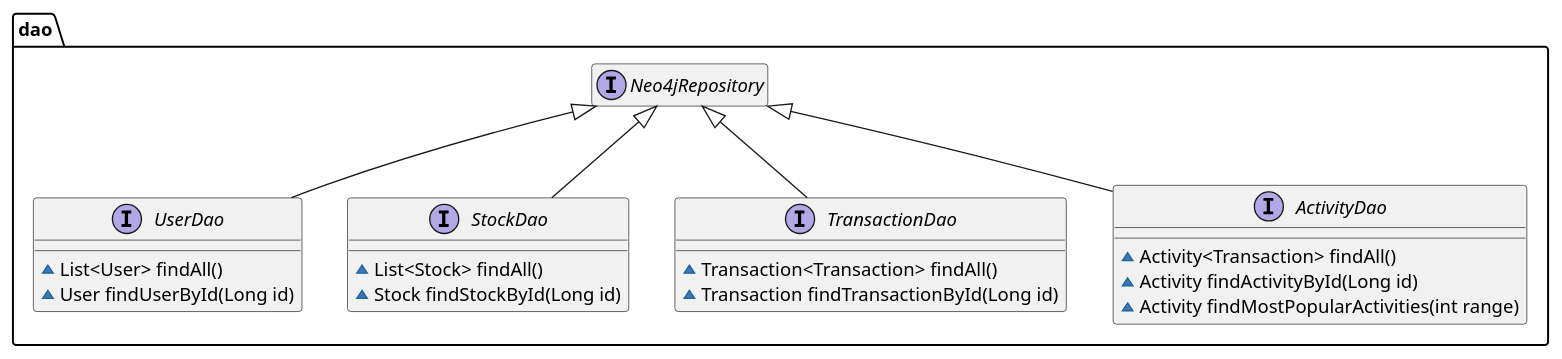
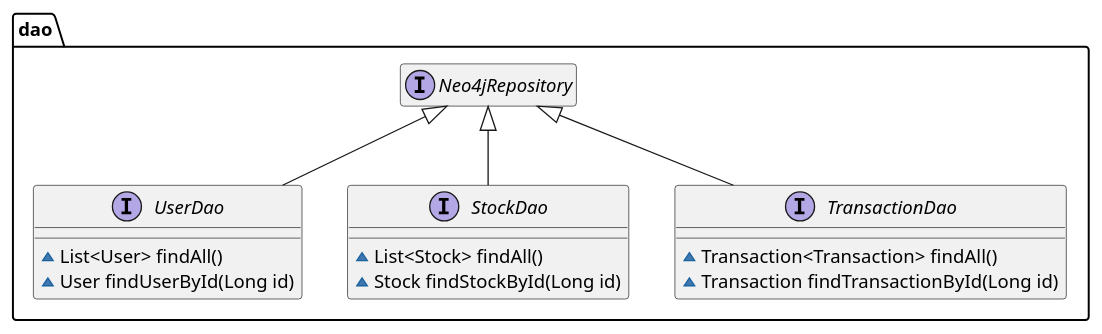
One commit to DPigeon/Money-Tree changed the diagram in backend/diagram/class/DaoPackage.puml. Above: the diagram before and after it, drawn with PlantUML. The commit also changed 7 other files, not shown here.

Commit message:
Issue #63: refactor class diagram

```diff
--- a/backend/diagram/class/DaoPackage.puml
+++ b/backend/diagram/class/DaoPackage.puml
@@ -1,29 +1,23 @@
 @startuml
 
 package dao {
     interface UserDao extends Neo4jRepository {
         ~List<User> findAll()
         ~User findUserById(Long id)
     }
 
     interface StockDao extends Neo4jRepository {
         ~List<Stock> findAll()
         ~Stock findStockById(Long id)
     }
 
     interface TransactionDao extends Neo4jRepository {
         ~Transaction<Transaction> findAll()
         ~Transaction findTransactionById(Long id)
     }
 
-    interface ActivityDao extends Neo4jRepository {
-        ~Activity<Transaction> findAll()
-        ~Activity findActivityById(Long id)
-        ~Activity findMostPopularActivities(int range)
-    }
-
     hide Neo4jRepository methods
     hide Neo4jRepository fields
 }
 
 @enduml
```
